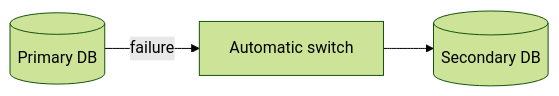
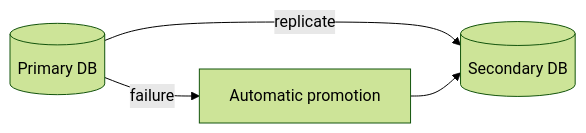
The fourth of 21 diagrams in 12-reliability-engineering/README.md (hareramcse/SystemDesign), drawn with Mermaid (forest theme) before and after one commit. The commit also changed other lines of this file, not shown here.

````diff
--- a/12-reliability-engineering/README.md
+++ b/12-reliability-engineering/README.md
@@ -152,5 +123,6 @@
 ```mermaid
 flowchart LR
-    Primary[(Primary DB)] -->|failure| Switch[Automatic switch]
-    Switch --> Secondary[(Secondary DB)]
+    Primary[(Primary DB)] -->|replicate| Secondary[(Secondary DB)]
+    Primary -->|failure| Switch[Automatic promotion]
+    Switch --> Secondary
 ```
````
